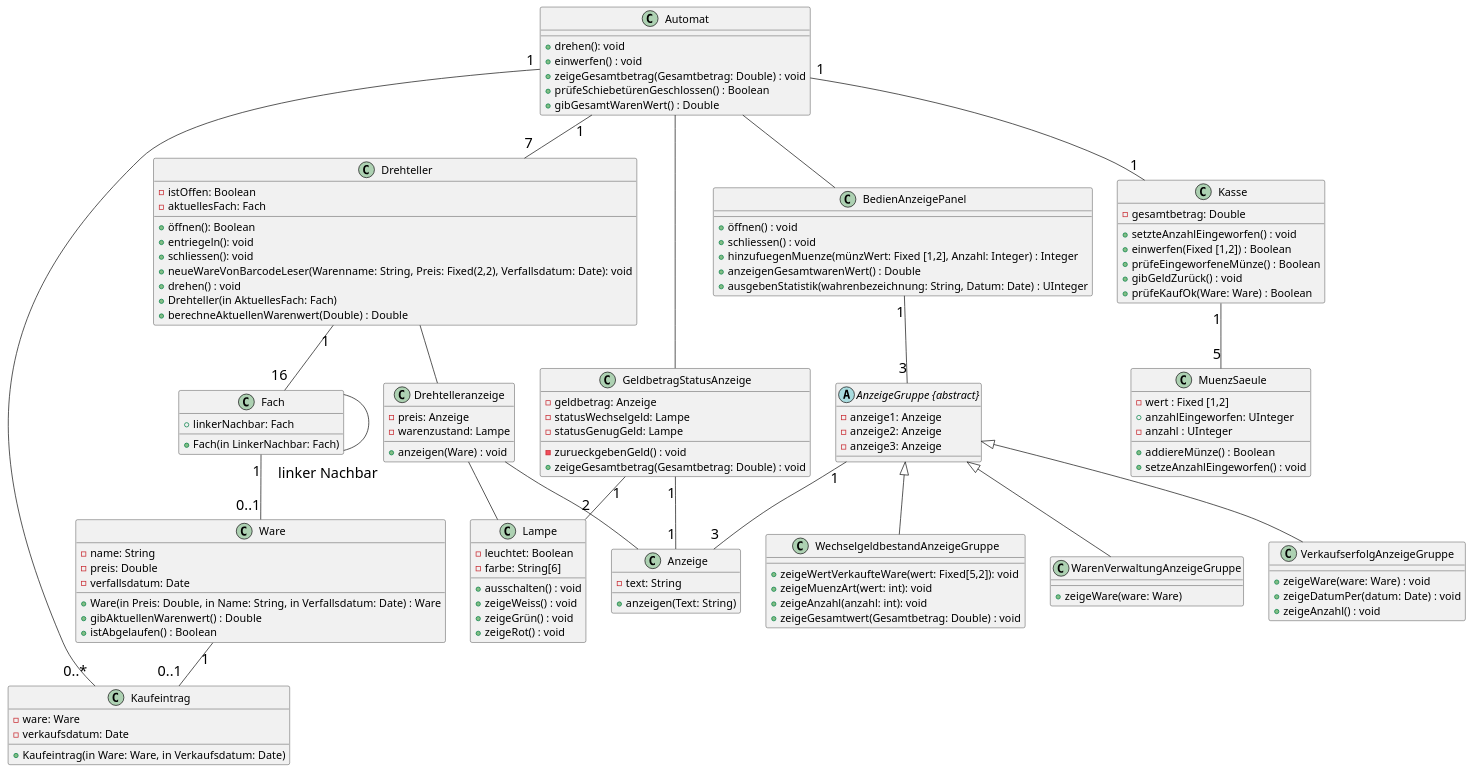
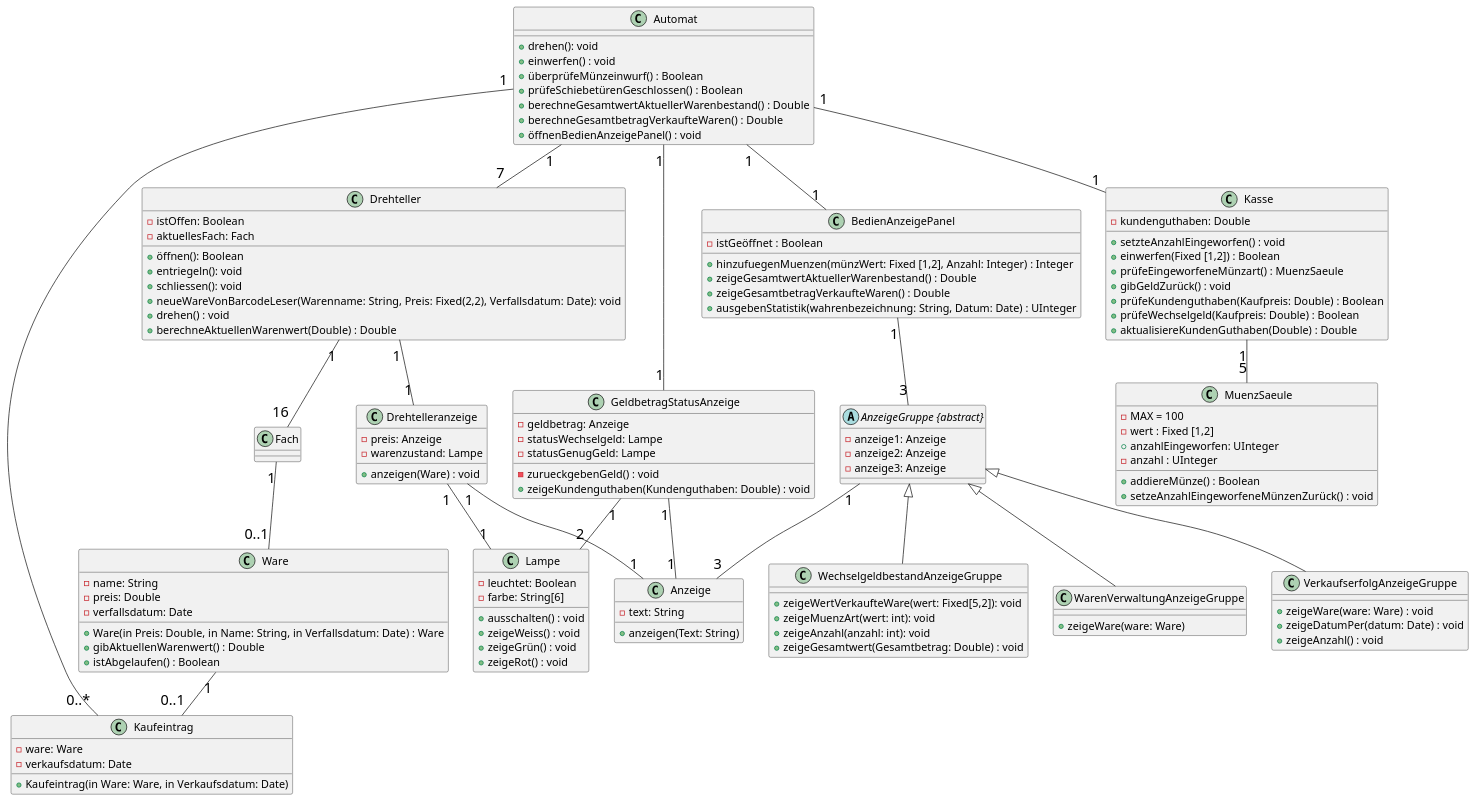
One commit to egoat/MAS-SE22_Warenautomat2022_Analyse changed the second of 5 diagrams in Warenautomat.md. Above: the diagram before and after it, drawn with PlantUML. The commit also changed other lines of this file and 3 other files, not shown here.

```diff
--- a/Warenautomat.md
+++ b/Warenautomat.md
@@ -88,9 +88,11 @@
 class Automat {
     +drehen(): void
     +einwerfen() : void
-    +zeigeGesamtbetrag(Gesamtbetrag: Double) : void
+    +überprüfeMünzeinwurf() : Boolean
     +prüfeSchiebetürenGeschlossen() : Boolean
-    +gibGesamtWarenWert() : Double
+    +berechneGesamtwertAktuellerWarenbestand() : Double
+    +berechneGesamtbetragVerkaufteWaren() : Double
+    +öffnenBedienAnzeigePanel() : void
 }
 
 class Drehteller {
@@ -101,14 +103,11 @@
     -aktuellesFach: Fach
     +neueWareVonBarcodeLeser(Warenname: String, Preis: Fixed(2,2), Verfallsdatum: Date): void
     +drehen() : void
-    +Drehteller(in AktuellesFach: Fach)
     +berechneAktuellenWarenwert(Double) : Double
 }
 
 
 class Fach {
-    +linkerNachbar: Fach
-    +Fach(in LinkerNachbar: Fach)
 }
 
 class Ware {
@@ -127,20 +126,23 @@
 }
 
 class Kasse {
-    -gesamtbetrag: Double
+    -kundenguthaben: Double
     +setzteAnzahlEingeworfen() : void
     +einwerfen(Fixed [1,2]) : Boolean
-    +prüfeEingeworfeneMünze() : Boolean
+    +prüfeEingeworfeneMünzart() : MuenzSaeule
     +gibGeldZurück() : void
-    +prüfeKaufOk(Ware: Ware) : Boolean
+    +prüfeKundenguthaben(Kaufpreis: Double) : Boolean
+    +prüfeWechselgeld(Kaufpreis: Double) : Boolean
+    +aktualisiereKundenGuthaben(Double) : Double
 }
 
 class MuenzSaeule {
+    -MAX = 100
     -wert : Fixed [1,2]
     +anzahlEingeworfen: UInteger
     -anzahl : UInteger
     +addiereMünze() : Boolean
-    +setzeAnzahlEingeworfen() : void
+    +setzeAnzahlEingeworfeneMünzenZurück() : void
 }
 
 class Drehtelleranzeige {
@@ -154,14 +156,14 @@
     -statusWechselgeld: Lampe
     -statusGenugGeld: Lampe
     -zurueckgebenGeld() : void
-    +zeigeGesamtbetrag(Gesamtbetrag: Double) : void
+    +zeigeKundenguthaben(Kundenguthaben: Double) : void
 }
 
 class BedienAnzeigePanel{
-    +öffnen() : void
-    +schliessen() : void
-    +hinzufuegenMuenze(münzWert: Fixed [1,2], Anzahl: Integer) : Integer
-    +anzeigenGesamtwarenWert() : Double
+    -istGeöffnet : Boolean
+    +hinzufuegenMuenzen(münzWert: Fixed [1,2], Anzahl: Integer) : Integer
+    +zeigeGesamtwertAktuellerWarenbestand() : Double
+    +zeigeGesamtbetragVerkaufteWaren() : Double
     +ausgebenStatistik(wahrenbezeichnung: String, Datum: Date) : UInteger
 }
 
@@ -207,17 +209,16 @@
 Automat "1" -- "7" Drehteller
 Drehteller "1" -- "16" Fach
 Fach "1" -- "0..1" Ware
-Fach  -- "linker Nachbar" Fach
 Automat "1" -- "0..*" Kaufeintrag
 Ware "1" -- "0..1" Kaufeintrag
 Automat "1" -- "1" Kasse
 Kasse "1" -- "5" MuenzSaeule
-Drehteller -- Drehtelleranzeige
-Drehtelleranzeige -- Lampe
-Drehtelleranzeige -- Anzeige
-Automat -- BedienAnzeigePanel
+Drehteller "1" -- "1" Drehtelleranzeige
+Drehtelleranzeige "1" -- "1" Lampe
+Drehtelleranzeige "1" -- "1" Anzeige
+Automat "1" -- "1" BedienAnzeigePanel
 BedienAnzeigePanel "1" -- "3" "AnzeigeGruppe {abstract}"
-Automat -- GeldbetragStatusAnzeige
+Automat "1" -- "1" GeldbetragStatusAnzeige
 GeldbetragStatusAnzeige "1" -- "1" Anzeige
 GeldbetragStatusAnzeige "1" -- "2" Lampe
 "AnzeigeGruppe {abstract}" "1" -- "3" Anzeige
```
